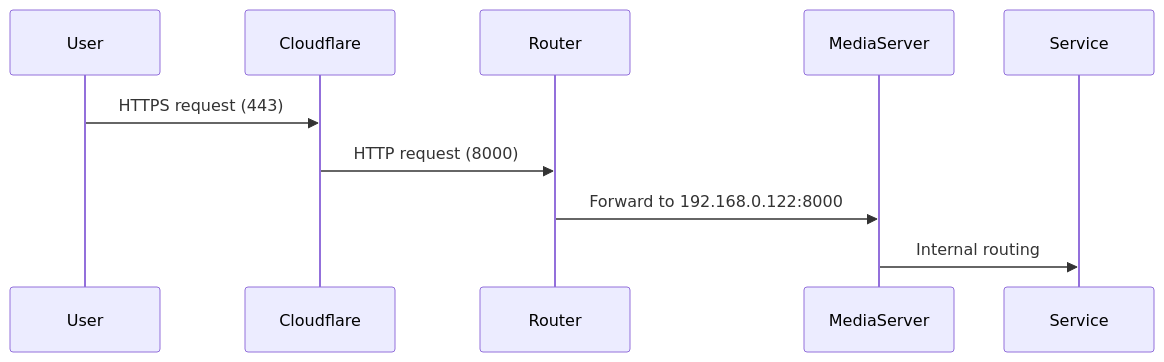
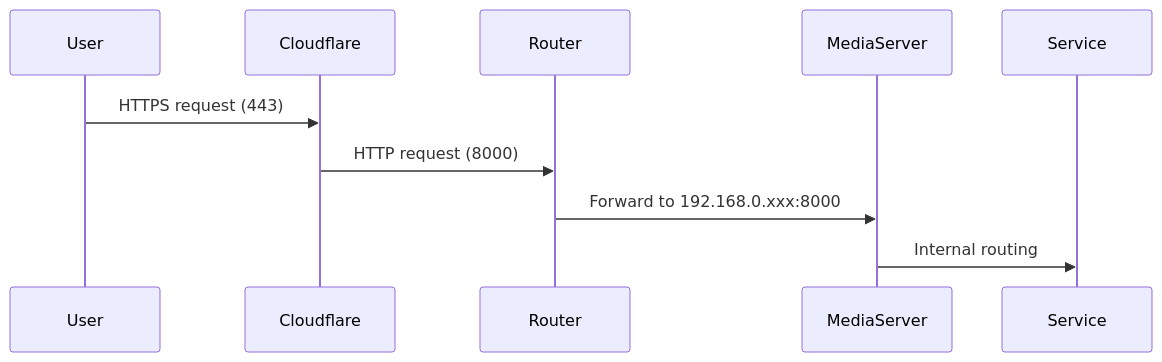
The second of 2 diagrams in ARCHITECTURE.md (civanovici/nas), drawn with Mermaid before and after one commit. The commit also changed other lines of this file, not shown here.

````diff
--- a/ARCHITECTURE.md
+++ b/ARCHITECTURE.md
@@ -69,7 +69,7 @@
    ```mermaid
    sequenceDiagram
        User->>Cloudflare: HTTPS request (443)
        Cloudflare->>Router: HTTP request (8000)
-       Router->>MediaServer: Forward to 192.168.0.122:8000
+       Router->>MediaServer: Forward to 192.168.0.xxx:8000
        MediaServer->>Service: Internal routing
    ```
````
